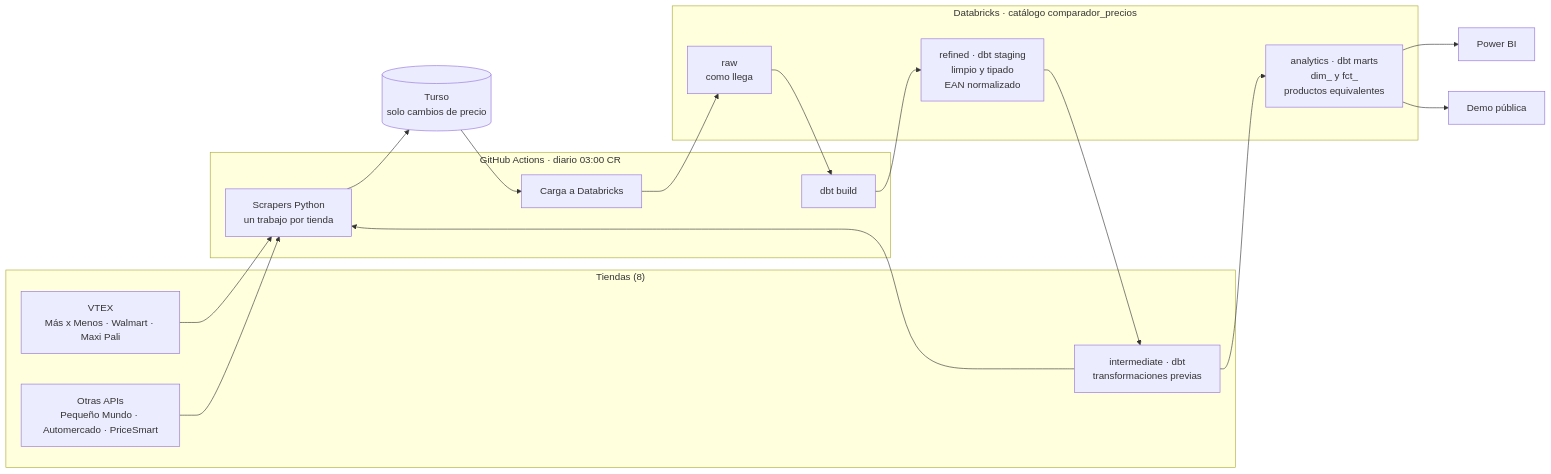
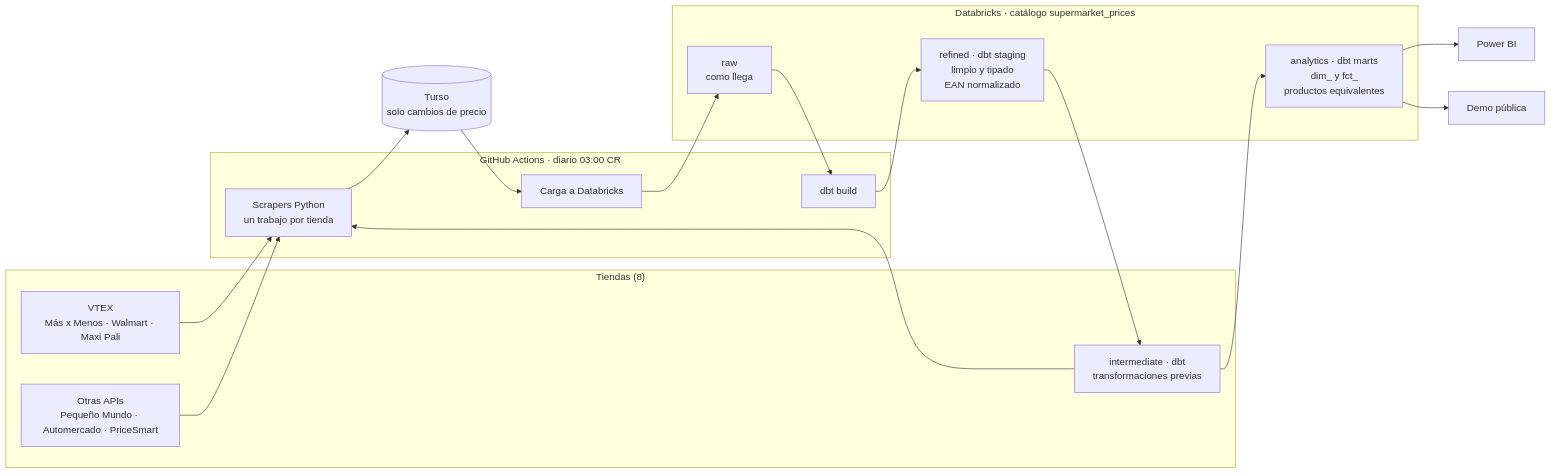
One commit to DannyV1992/price_comparator changed the diagram in docs/arquitectura.md. Above: the diagram before and after it, drawn with Mermaid. The commit also changed other lines of this file and 4 other files, not shown here.

Commit message:
Renombra el catálogo de Databricks a supermarket_prices

````diff
--- a/docs/arquitectura.md
+++ b/docs/arquitectura.md
@@ -6,35 +6,35 @@
 ```mermaid
 flowchart LR
     subgraph Fuentes["Tiendas (8)"]
         V[VTEX<br/>Más x Menos · Walmart · Maxi Pali]
         I[Instaleap<br/>Megasuper · Perimercados]
         O[Otras APIs<br/>Pequeño Mundo · Automercado · PriceSmart]
     end
 
     subgraph GHA["GitHub Actions · diario 03:00 CR"]
         S[Scrapers Python<br/>un trabajo por tienda]
         L[Carga a Databricks]
         D[dbt build]
     end
 
     T[(Turso<br/>solo cambios de precio)]
 
-    subgraph DBX["Databricks · catálogo comparador_precios"]
+    subgraph DBX["Databricks · catálogo supermarket_prices"]
         R[raw<br/>como llega]
         F[refined · dbt staging<br/>limpio y tipado<br/>EAN normalizado]
         I[intermediate · dbt<br/>transformaciones previas]
         A[analytics · dbt marts<br/>dim_ y fct_<br/>productos equivalentes]
     end
 
     BI[Power BI]
     APP[Demo pública]
 
     V --> S
     I --> S
     O --> S
     S --> T
     T --> L --> R
     R --> D --> F --> I --> A
     A --> BI
     A --> APP
 ```
````
